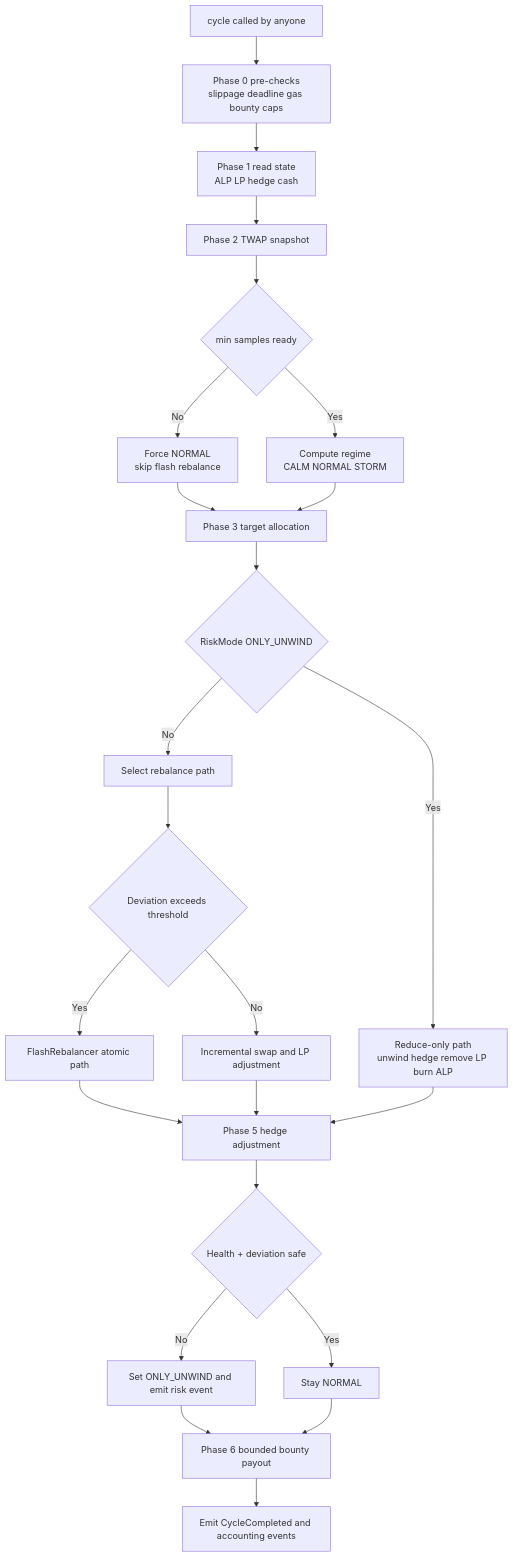
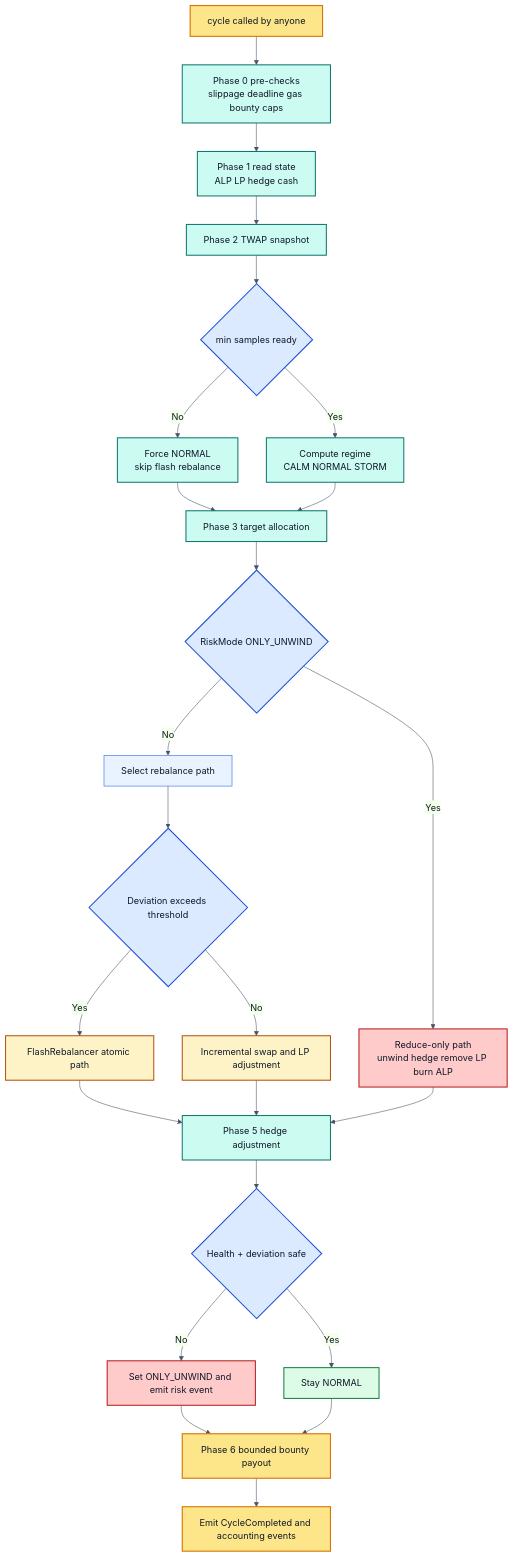
Before and after one commit to peter941221/Hackathon-Self-Driving-Yield: the diagram in README.md, drawn with Mermaid.

Commit message:
docs: colorize cycle mermaid with semantic classes

````diff
--- a/README.md
+++ b/README.md
@@ -108,26 +108,41 @@
 ```mermaid
+%%{init: {"theme":"base","themeVariables":{"fontFamily":"ui-monospace, SFMono-Regular, Menlo, Monaco, Consolas, monospace","lineColor":"#475569","primaryColor":"#e8f3ff","primaryBorderColor":"#2563eb","primaryTextColor":"#0f172a"}}}%%
 flowchart TD
   A[cycle called by anyone] --> B[Phase 0 pre-checks<br/>slippage deadline gas bounty caps]
   B --> C[Phase 1 read state<br/>ALP LP hedge cash]
   C --> D[Phase 2 TWAP snapshot]
   D --> E{min samples ready}
   E -->|No| F[Force NORMAL<br/>skip flash rebalance]
   E -->|Yes| G[Compute regime<br/>CALM NORMAL STORM]
   F --> H[Phase 3 target allocation]
   G --> H
   H --> I{RiskMode ONLY_UNWIND}
   I -->|Yes| J[Reduce-only path<br/>unwind hedge remove LP burn ALP]
   I -->|No| K[Select rebalance path]
   K --> L{Deviation exceeds threshold}
   L -->|Yes| M[FlashRebalancer atomic path]
   L -->|No| N[Incremental swap and LP adjustment]
   M --> O[Phase 5 hedge adjustment]
   N --> O
   J --> O
   O --> P{Health + deviation safe}
   P -->|No| Q[Set ONLY_UNWIND and emit risk event]
   P -->|Yes| R[Stay NORMAL]
   Q --> S[Phase 6 bounded bounty payout]
   R --> S
   S --> T[Emit CycleCompleted and accounting events]
+
+  classDef start fill:#fde68a,stroke:#d97706,color:#111827,stroke-width:2px
+  classDef compute fill:#ccfbf1,stroke:#0f766e,color:#0f172a,stroke-width:1.8px
+  classDef decision fill:#dbeafe,stroke:#1d4ed8,color:#0f172a,stroke-width:1.8px
+  classDef risk fill:#fecaca,stroke:#b91c1c,color:#111827,stroke-width:1.8px
+  classDef rebalance fill:#fef3c7,stroke:#b45309,color:#111827,stroke-width:1.8px
+  classDef stable fill:#dcfce7,stroke:#15803d,color:#111827,stroke-width:1.8px
+
+  class A,S,T start
+  class B,C,D,F,G,H,O compute
+  class E,I,L,P decision
+  class J,Q risk
+  class M,N rebalance
+  class R stable
 ```
````
